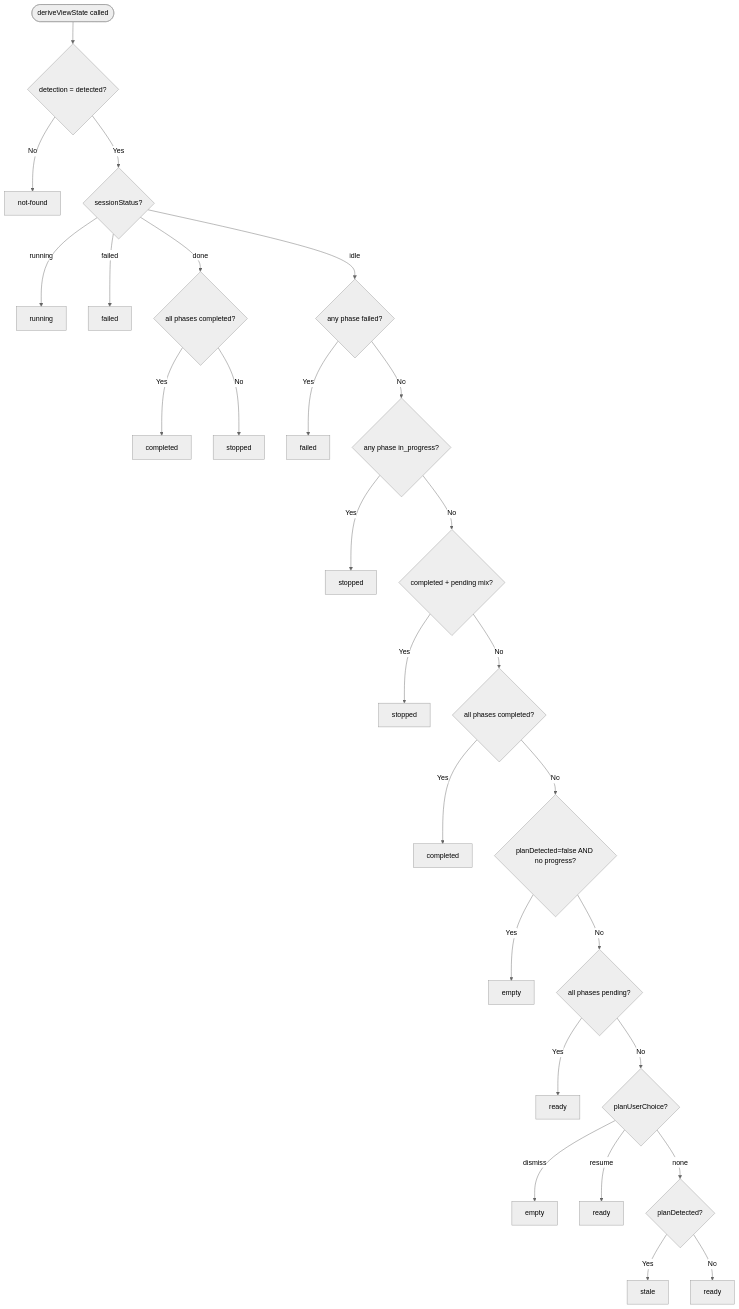
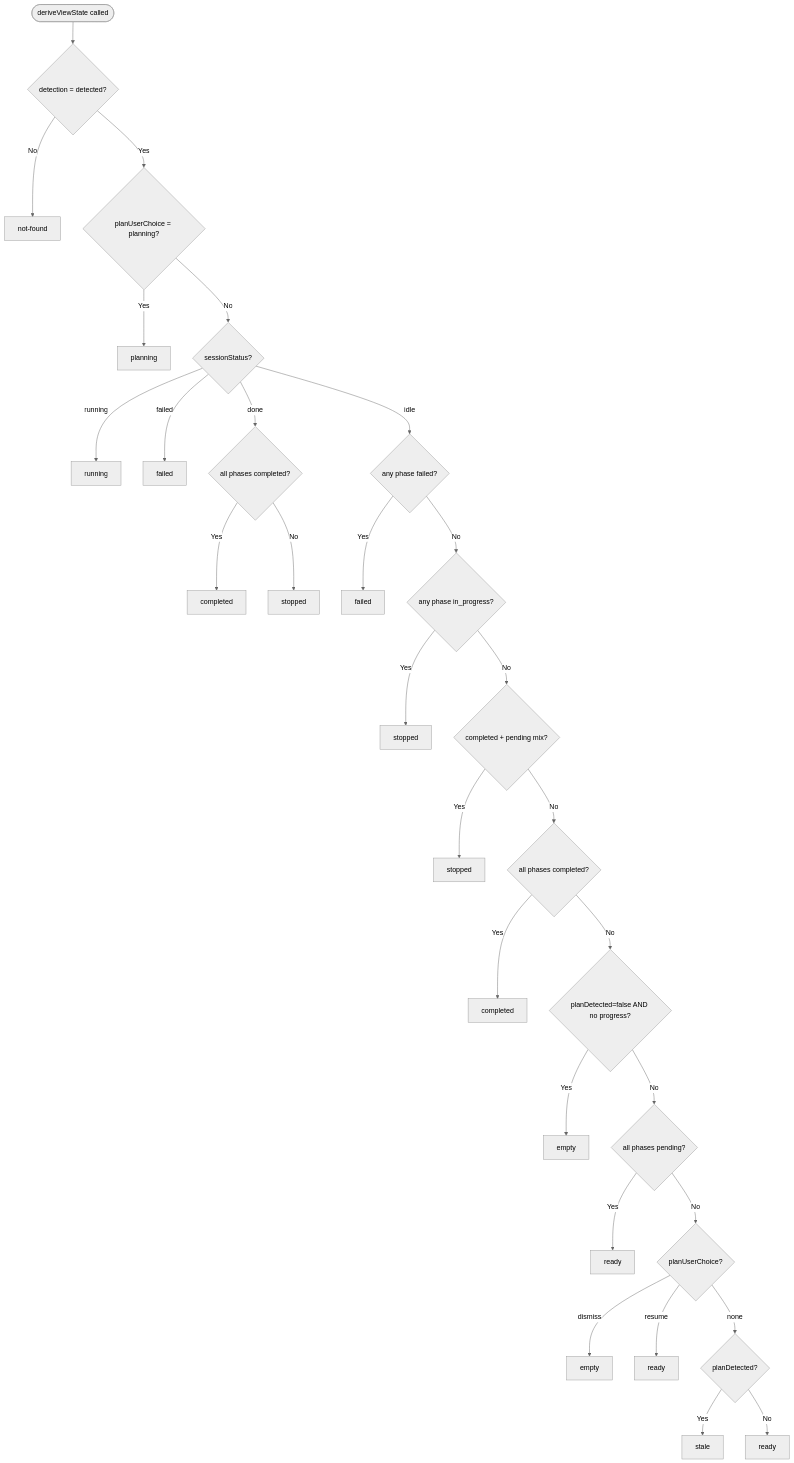
Before and after one commit to chmc/oxveil: the second of 3 diagrams in docs/workflow/states.md, drawn with Mermaid (neutral theme). The commit also changed other lines of this file and 6 other files, not shown here.

````diff
--- a/docs/workflow/states.md
+++ b/docs/workflow/states.md
@@ -146,29 +148,31 @@
 ```mermaid
 flowchart TD
     Start([deriveViewState called]) --> D1{detection = detected?}
     D1 -- No --> NotFound[not-found]
-    D1 -- Yes --> D2{sessionStatus?}
+    D1 -- Yes --> Dplan{planUserChoice = planning?}
+    Dplan -- Yes --> Planning[planning]
+    Dplan -- No --> D2{sessionStatus?}
     D2 -- running --> Running[running]
     D2 -- failed --> Failed1[failed]
     D2 -- done --> D3{all phases completed?}
     D3 -- Yes --> Completed[completed]
     D3 -- No --> Stopped1[stopped]
     D2 -- idle --> D4{any phase failed?}
     D4 -- Yes --> Failed2[failed]
     D4 -- No --> D4b{any phase in_progress?}
     D4b -- Yes --> Stopped3[stopped]
     D4b -- No --> D5{completed + pending mix?}
     D5 -- Yes --> Stopped2[stopped]
     D5 -- No --> D5b{all phases completed?}
     D5b -- Yes --> Completed2[completed]
     D5b -- No --> D6{planDetected=false AND no progress?}
     D6 -- Yes --> Empty1[empty]
     D6 -- No --> D7{all phases pending?}
     D7 -- Yes --> Ready1[ready]
     D7 -- No --> D8{planUserChoice?}
     D8 -- dismiss --> Empty2[empty]
     D8 -- resume --> Ready2[ready]
     D8 -- none --> D9{planDetected?}
     D9 -- Yes --> Stale[stale]
     D9 -- No --> Ready3[ready]
 ```
````
